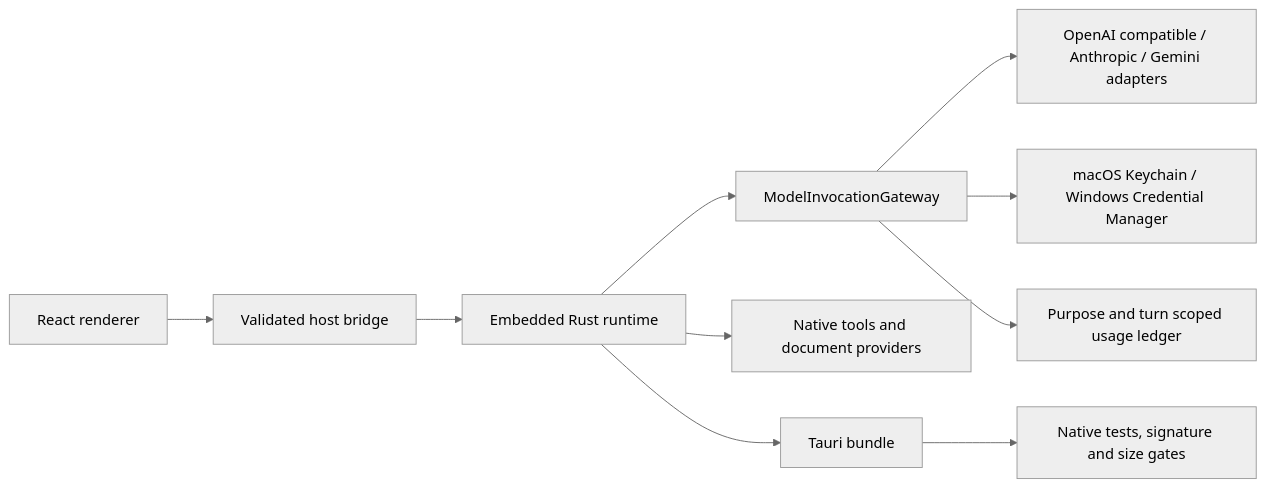
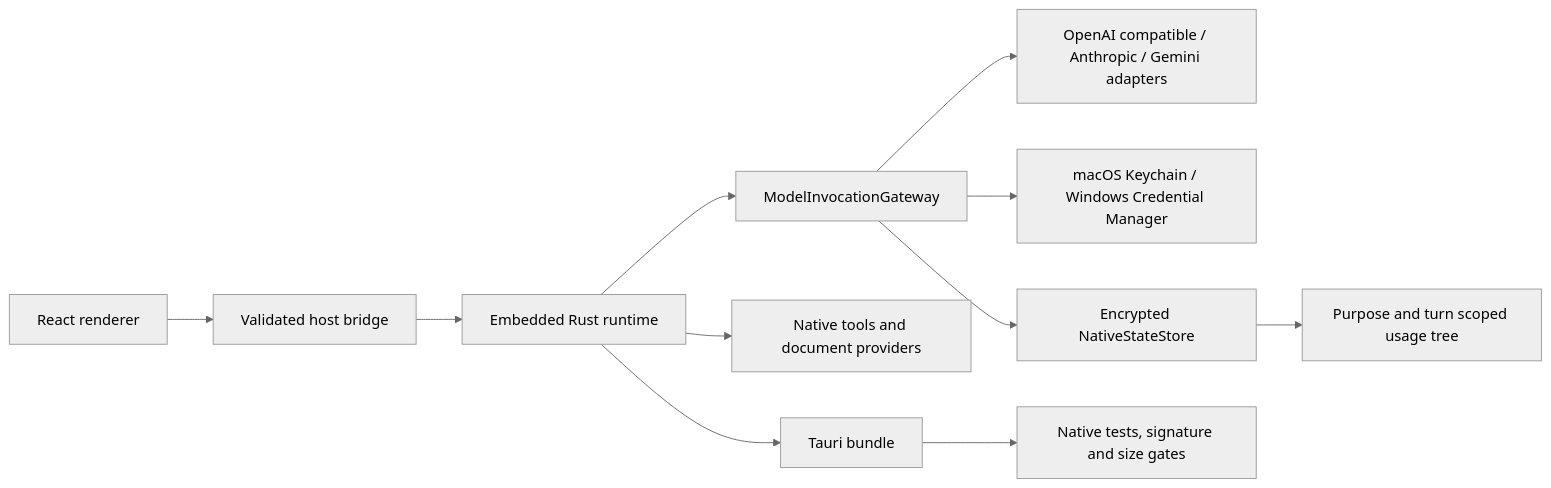
One commit to NSIETeam/ClawMaster changed the third of 4 diagrams in docs/code-map.md. Above: the diagram before and after it, drawn with Mermaid (neutral theme). The commit also changed other lines of this file and 12 other files, not shown here.

Commit message:
feat(desktop): establish encrypted native state store

````diff
--- a/docs/code-map.md
+++ b/docs/code-map.md
@@ -51,12 +51,13 @@
 ```mermaid
 flowchart LR
   Renderer[React renderer] --> Bridge[Validated host bridge]
   Bridge --> Rust[Embedded Rust runtime]
   Rust --> Gateway[ModelInvocationGateway]
   Gateway --> Model[OpenAI compatible / Anthropic / Gemini adapters]
   Gateway --> Vault[macOS Keychain / Windows Credential Manager]
-  Gateway --> Ledger[Purpose and turn scoped usage ledger]
+  Gateway --> Store[Encrypted NativeStateStore]
+  Store --> Ledger[Purpose and turn scoped usage tree]
   Rust --> Tools[Native tools and document providers]
   Rust --> Bundle[Tauri bundle]
   Bundle --> Verify[Native tests, signature and size gates]
 ```
````
